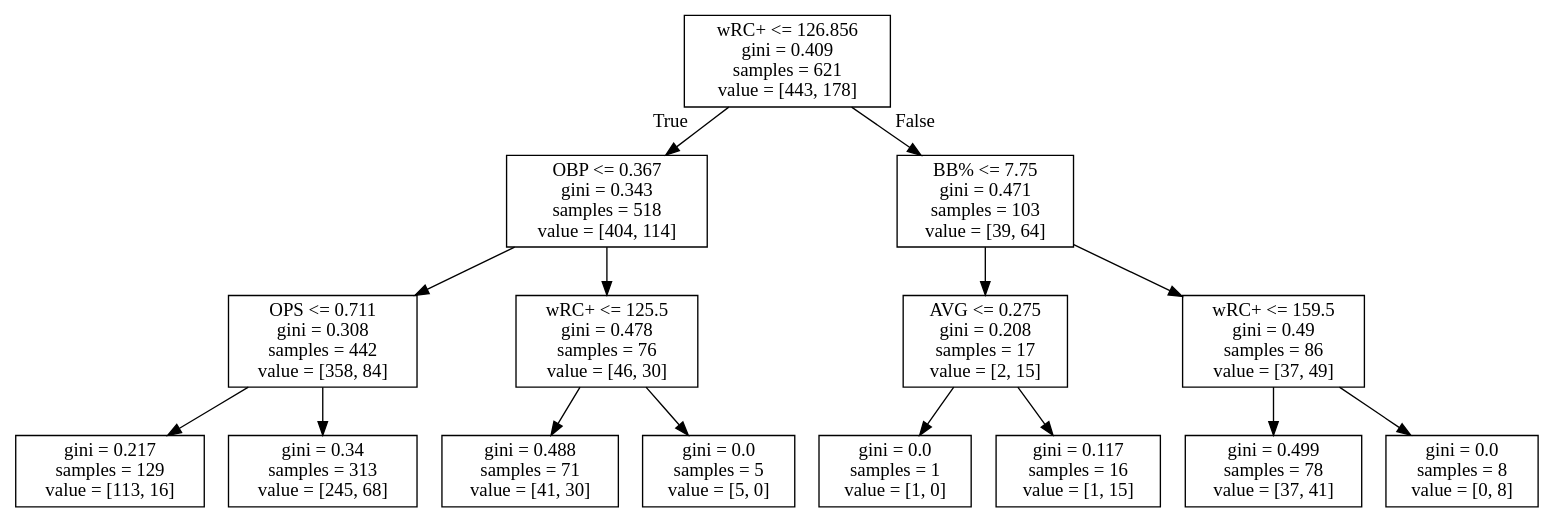
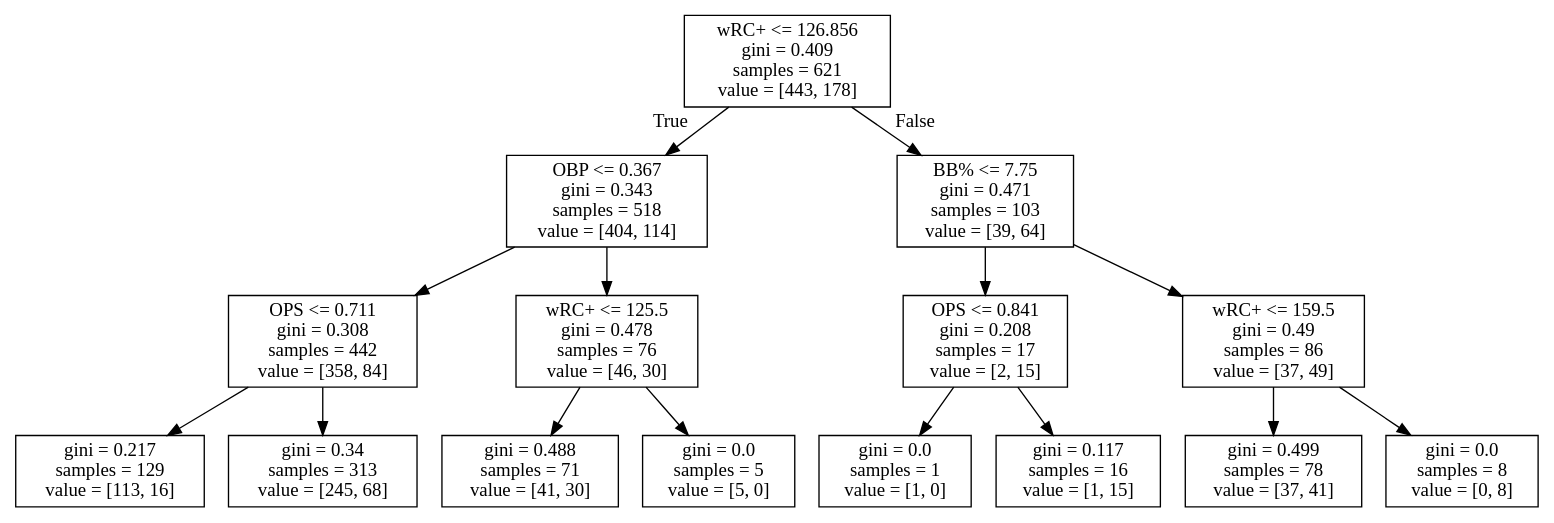
One commit to alexbrizius/ds_project changed the diagram in AAA_results/AAA_gini.dot. Above: the diagram before and after it, drawn with Graphviz. The commit also changed 3 other files, not shown here.

```diff
--- a/AAA_results/AAA_gini.dot
+++ b/AAA_results/AAA_gini.dot
@@ -1,32 +1,32 @@
 digraph Tree {
 node [shape=box] ;
 0 [label="wRC+ <= 126.856\ngini = 0.409\nsamples = 621\nvalue = [443, 178]"] ;
 1 [label="OBP <= 0.367\ngini = 0.343\nsamples = 518\nvalue = [404, 114]"] ;
 0 -> 1 [labeldistance=2.5, labelangle=45, headlabel="True"] ;
 2 [label="OPS <= 0.711\ngini = 0.308\nsamples = 442\nvalue = [358, 84]"] ;
 1 -> 2 ;
 3 [label="gini = 0.217\nsamples = 129\nvalue = [113, 16]"] ;
 2 -> 3 ;
 4 [label="gini = 0.34\nsamples = 313\nvalue = [245, 68]"] ;
 2 -> 4 ;
 5 [label="wRC+ <= 125.5\ngini = 0.478\nsamples = 76\nvalue = [46, 30]"] ;
 1 -> 5 ;
 6 [label="gini = 0.488\nsamples = 71\nvalue = [41, 30]"] ;
 5 -> 6 ;
 7 [label="gini = 0.0\nsamples = 5\nvalue = [5, 0]"] ;
 5 -> 7 ;
 8 [label="BB% <= 7.75\ngini = 0.471\nsamples = 103\nvalue = [39, 64]"] ;
 0 -> 8 [labeldistance=2.5, labelangle=-45, headlabel="False"] ;
-9 [label="AVG <= 0.275\ngini = 0.208\nsamples = 17\nvalue = [2, 15]"] ;
+9 [label="OPS <= 0.841\ngini = 0.208\nsamples = 17\nvalue = [2, 15]"] ;
 8 -> 9 ;
 10 [label="gini = 0.0\nsamples = 1\nvalue = [1, 0]"] ;
 9 -> 10 ;
 11 [label="gini = 0.117\nsamples = 16\nvalue = [1, 15]"] ;
 9 -> 11 ;
 12 [label="wRC+ <= 159.5\ngini = 0.49\nsamples = 86\nvalue = [37, 49]"] ;
 8 -> 12 ;
 13 [label="gini = 0.499\nsamples = 78\nvalue = [37, 41]"] ;
 12 -> 13 ;
 14 [label="gini = 0.0\nsamples = 8\nvalue = [0, 8]"] ;
 12 -> 14 ;
 }
```
